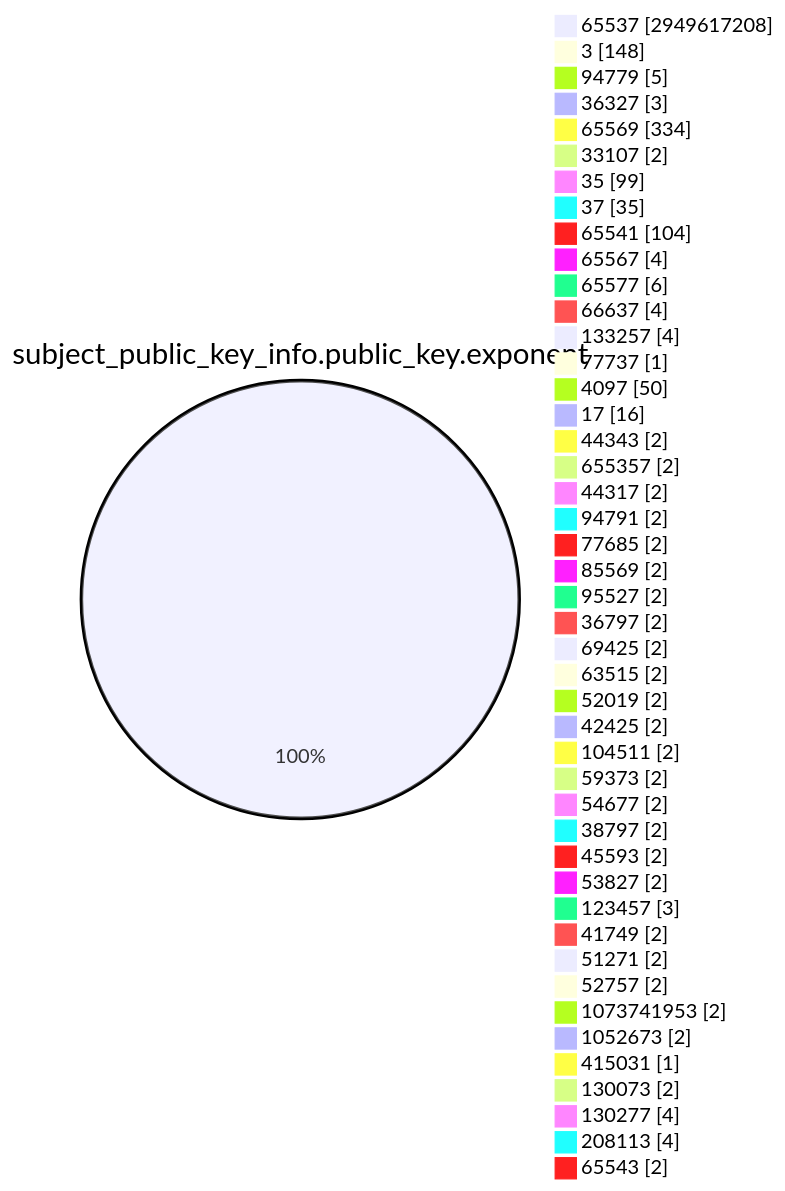
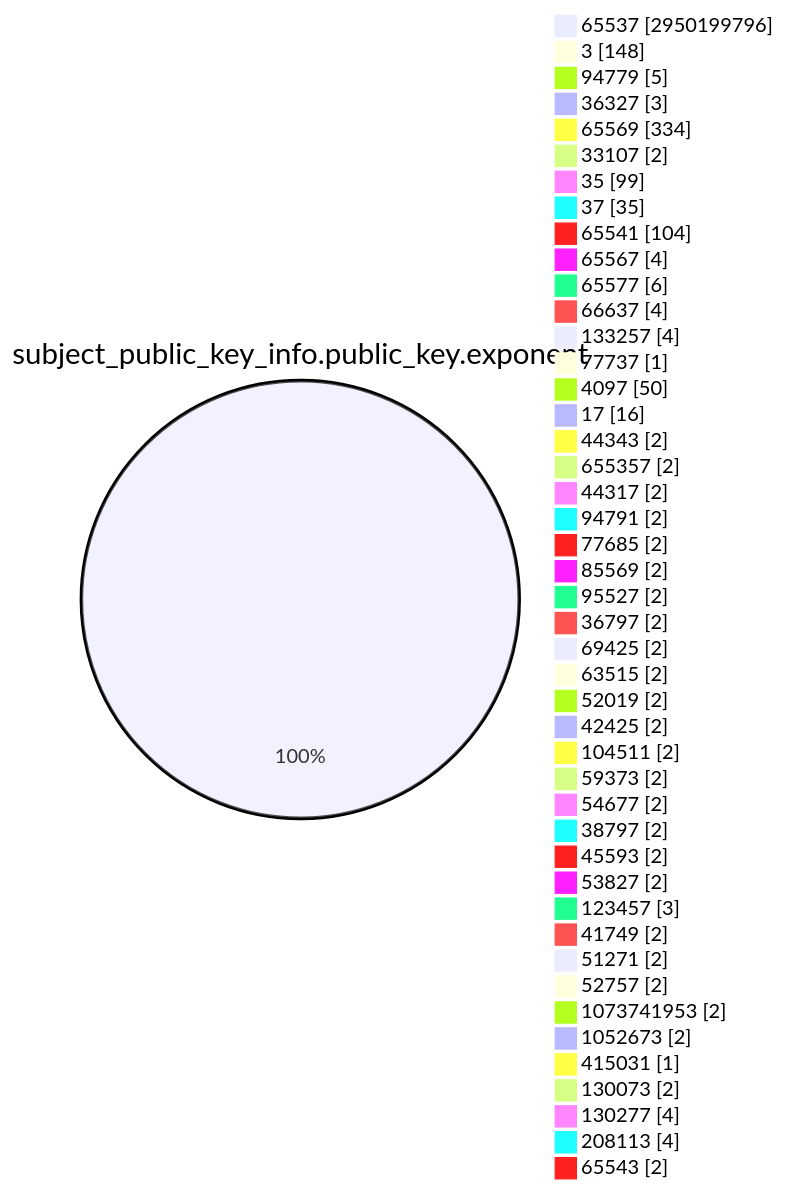
One commit to christiankrug/ctmonitor_visualization changed the fourth of 15 diagrams in TOTAL/README.md. Above: the diagram before and after it, drawn with Mermaid. The commit also changed other lines of this file, not shown here.

````diff
--- a/TOTAL/README.md
+++ b/TOTAL/README.md
@@ -1471,49 +1471,49 @@
 ```mermaid
 pie showData
 title subject_public_key_info.public_key.exponent
-"65537" :2949617208
+"65537" :2950199796
 "3" :148
 "94779" :5
 "36327" :3
 "65569" :334
 "33107" :2
 "35" :99
 "37" :35
 "65541" :104
 "65567" :4
 "65577" :6
 "66637" :4
 "133257" :4
 "77737" :1
 "4097" :50
 "17" :16
 "44343" :2
 "655357" :2
 "44317" :2
 "94791" :2
 "77685" :2
 "85569" :2
 "95527" :2
 "36797" :2
 "69425" :2
 "63515" :2
 "52019" :2
 "42425" :2
 "104511" :2
 "59373" :2
 "54677" :2
 "38797" :2
 "45593" :2
 "53827" :2
 "123457" :3
 "41749" :2
 "51271" :2
 "52757" :2
 "1073741953" :2
 "1052673" :2
 "415031" :1
 "130073" :2
 "130277" :4
 "208113" :4
 "65543" :2
 ```
````
